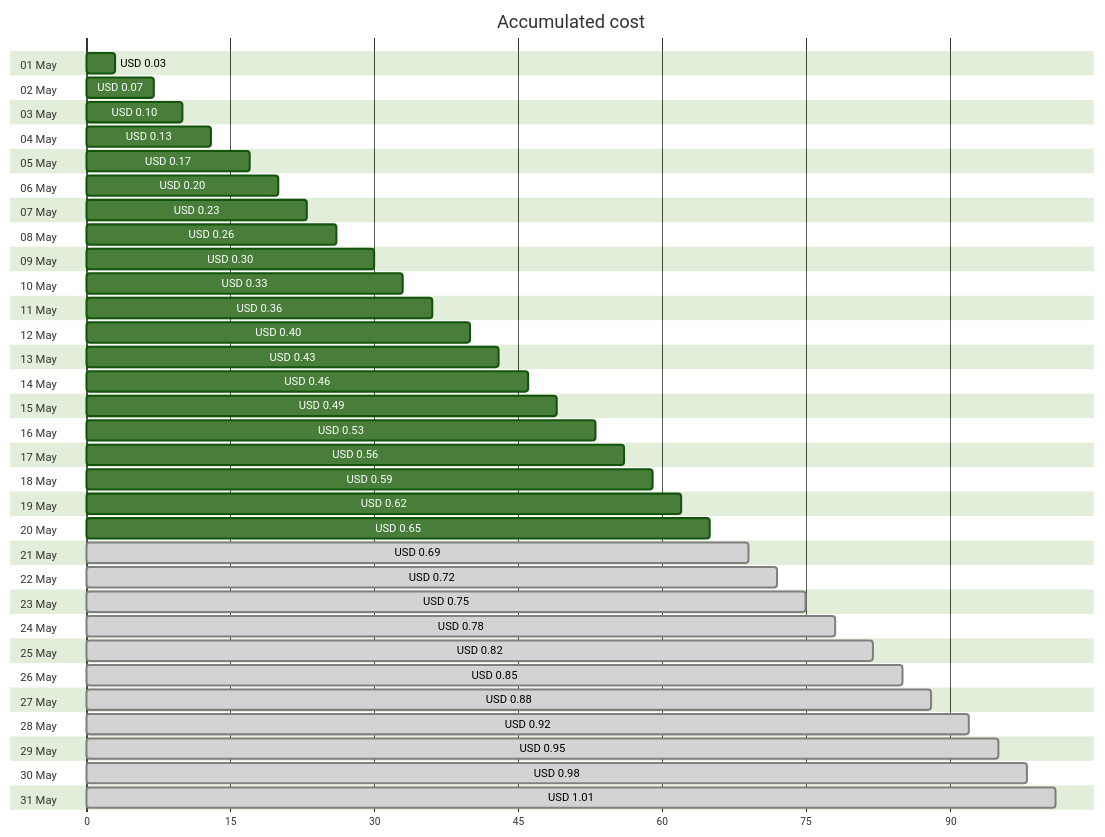
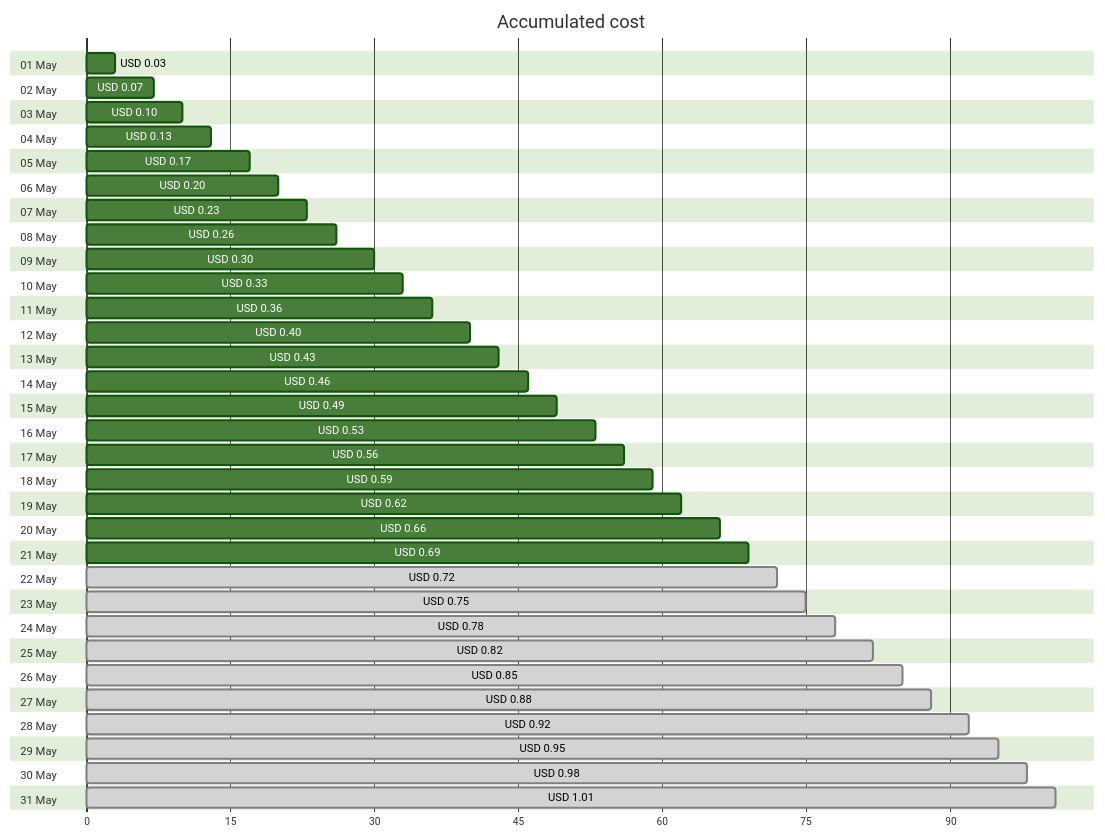
One commit to jpfulton/azure-personal-reports changed the first of 4 diagrams in cost-reports/personal-dns/README.md. Above: the diagram before and after it, drawn with Mermaid (forest theme). The commit also changed other lines of this file and 2 other files, not shown here.

````diff
--- a/cost-reports/personal-dns/README.md
+++ b/cost-reports/personal-dns/README.md
@@ -20,68 +20,68 @@
 ```mermaid
 gantt
    title Accumulated cost
    dateFormat  X
    axisFormat %s
    section 01 May
    USD 0.03 :0, 3
    section 02 May
    USD 0.07 :0, 7
    section 03 May
    USD 0.10 :0, 10
    section 04 May
    USD 0.13 :0, 13
    section 05 May
    USD 0.17 :0, 17
    section 06 May
    USD 0.20 :0, 20
    section 07 May
    USD 0.23 :0, 23
    section 08 May
    USD 0.26 :0, 26
    section 09 May
    USD 0.30 :0, 30
    section 10 May
    USD 0.33 :0, 33
    section 11 May
    USD 0.36 :0, 36
    section 12 May
    USD 0.40 :0, 40
    section 13 May
    USD 0.43 :0, 43
    section 14 May
    USD 0.46 :0, 46
    section 15 May
    USD 0.49 :0, 49
    section 16 May
    USD 0.53 :0, 53
    section 17 May
    USD 0.56 :0, 56
    section 18 May
    USD 0.59 :0, 59
    section 19 May
    USD 0.62 :0, 62
    section 20 May
-   USD 0.65 :0, 65
+   USD 0.66 :0, 66
    section 21 May
-   USD 0.69 : done, 0, 69
+   USD 0.69 :0, 69
    section 22 May
    USD 0.72 : done, 0, 72
    section 23 May
    USD 0.75 : done, 0, 75
    section 24 May
    USD 0.78 : done, 0, 78
    section 25 May
    USD 0.82 : done, 0, 82
    section 26 May
    USD 0.85 : done, 0, 85
    section 27 May
    USD 0.88 : done, 0, 88
    section 28 May
    USD 0.92 : done, 0, 92
    section 29 May
    USD 0.95 : done, 0, 95
    section 30 May
    USD 0.98 : done, 0, 98
    section 31 May
    USD 1.01 : done, 0, 101
 ```
````
